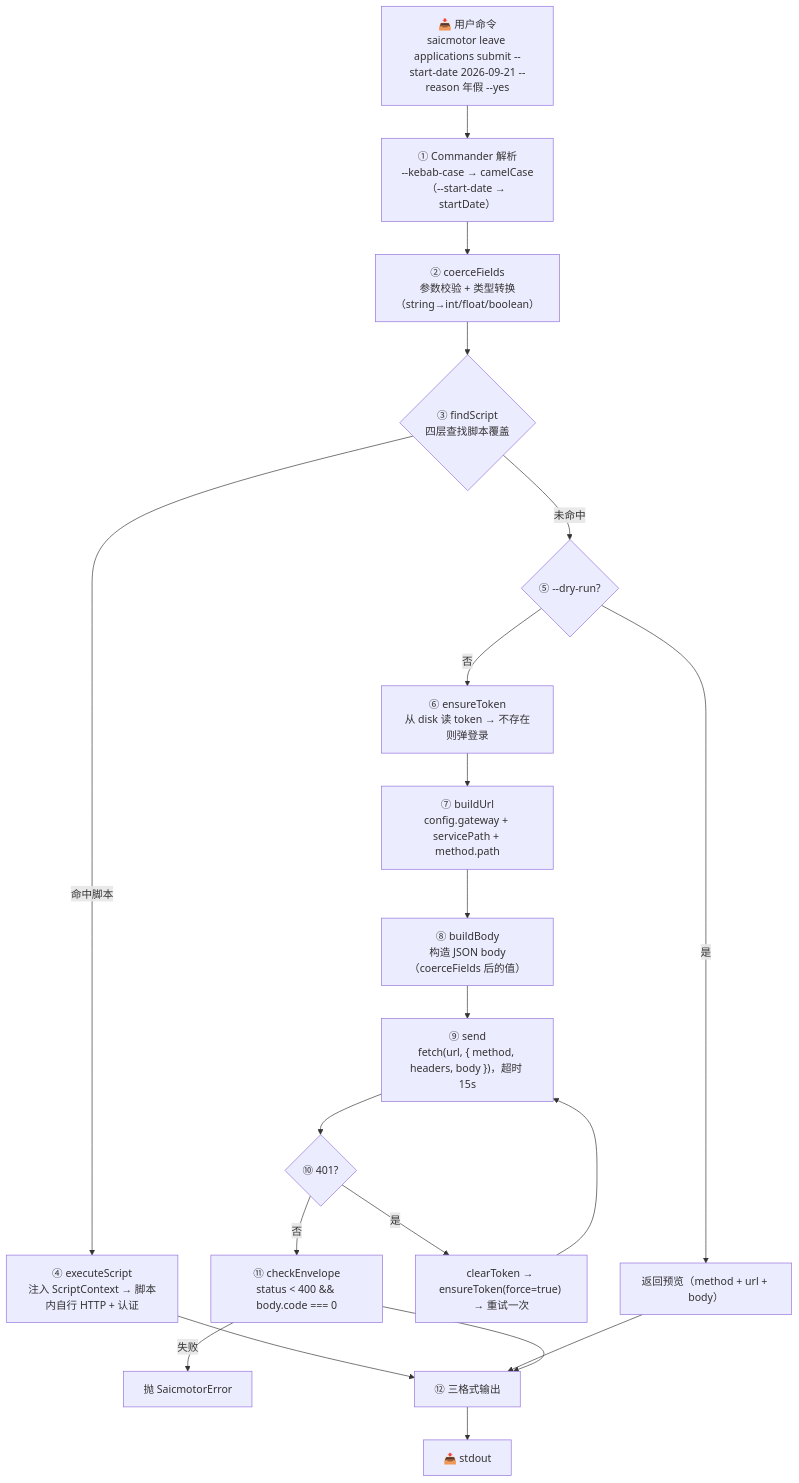
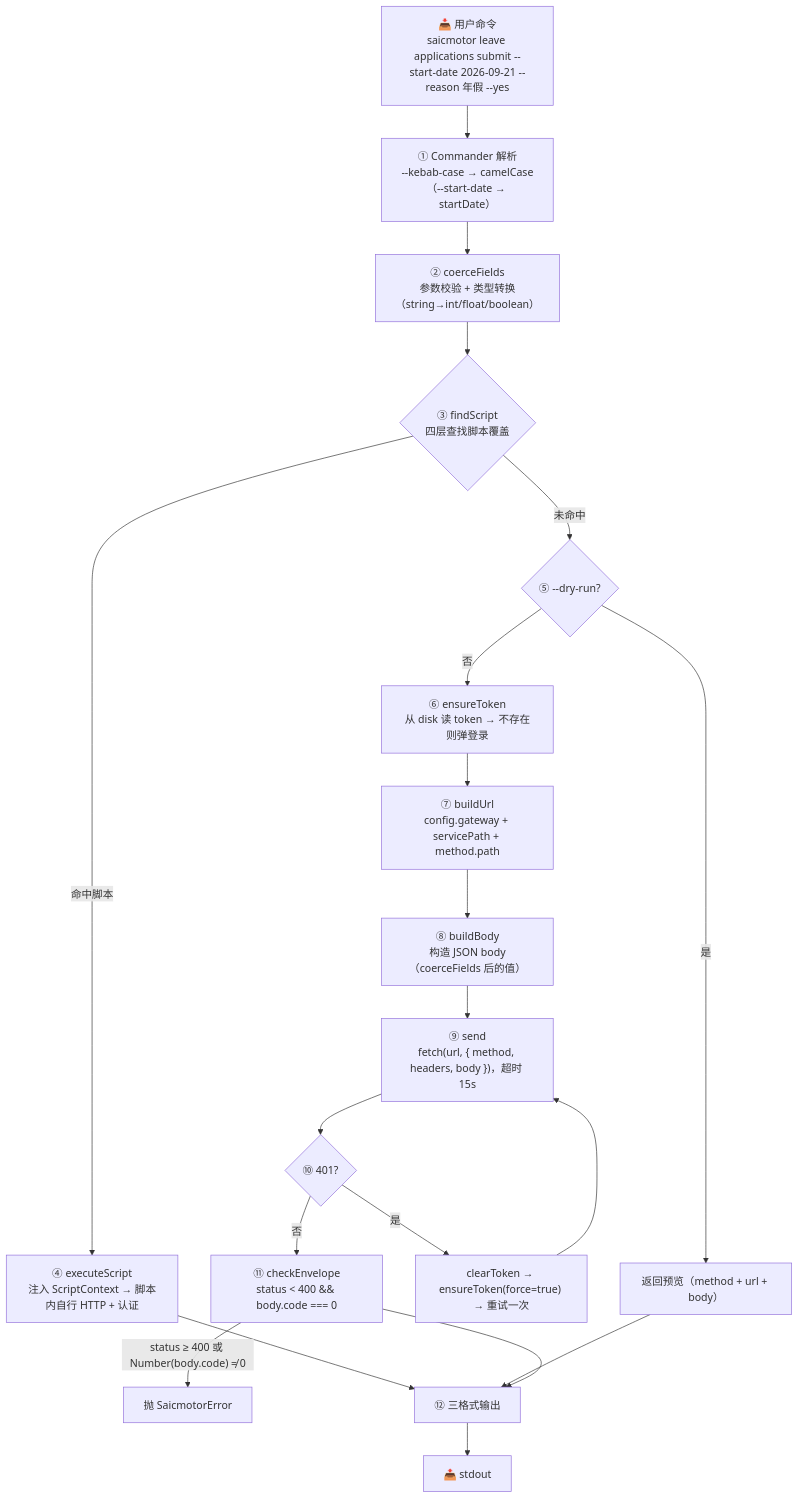
The second of 4 diagrams in howto/framework-v2/06-engine-pipeline.md (a5535772/saicmotor-cli), drawn with Mermaid before and after one commit. The commit also changed other lines of this file and 2 other files, not shown here.

````diff
--- a/howto/framework-v2/06-engine-pipeline.md
+++ b/howto/framework-v2/06-engine-pipeline.md
@@ -37,24 +37,24 @@
 ```mermaid
 flowchart TD
     CMD["📥 用户命令<br/>saicmotor leave applications submit --start-date 2026-09-21 --reason 年假 --yes"]
 
     CMD --> S1["① Commander 解析<br/>--kebab-case → camelCase（--start-date → startDate）"]
     S1 --> S2["② coerceFields<br/>参数校验 + 类型转换（string→int/float/boolean）"]
     S2 --> S3{"③ findScript<br/>四层查找脚本覆盖"}
     S3 -->|"命中脚本"| S4["④ executeScript<br/>注入 ScriptContext → 脚本内自行 HTTP + 认证"]
     S3 -->|"未命中"| S5{"⑤ --dry-run?"}
     S5 -->|"是"| S6["返回预览（method + url + body）"]
     S5 -->|"否"| S7["⑥ ensureToken<br/>从 disk 读 token → 不存在则弹登录"]
     S7 --> S8["⑦ buildUrl<br/>config.gateway + servicePath + method.path"]
     S8 --> S9["⑧ buildBody<br/>构造 JSON body（coerceFields 后的值）"]
     S9 --> S10["⑨ send<br/>fetch(url, { method, headers, body })，超时 15s"]
     S10 --> S11{"⑩ 401?"}
     S11 -->|"是"| S12["clearToken → ensureToken(force=true) → 重试一次"]
     S12 --> S10
     S11 -->|"否"| S13["⑪ checkEnvelope<br/>status < 400 && body.code === 0"]
-    S13 -->|"失败"| ERR["抛 SaicmotorError"]
+    S13 -->|"status ≥ 400 或 Number(body.code) ≠ 0"| ERR["抛 SaicmotorError"]
     S4 --> OUT["⑫ 三格式输出"]
     S6 --> OUT
     S13 --> OUT
     OUT --> STDOUT["📤 stdout"]
 ```
````
